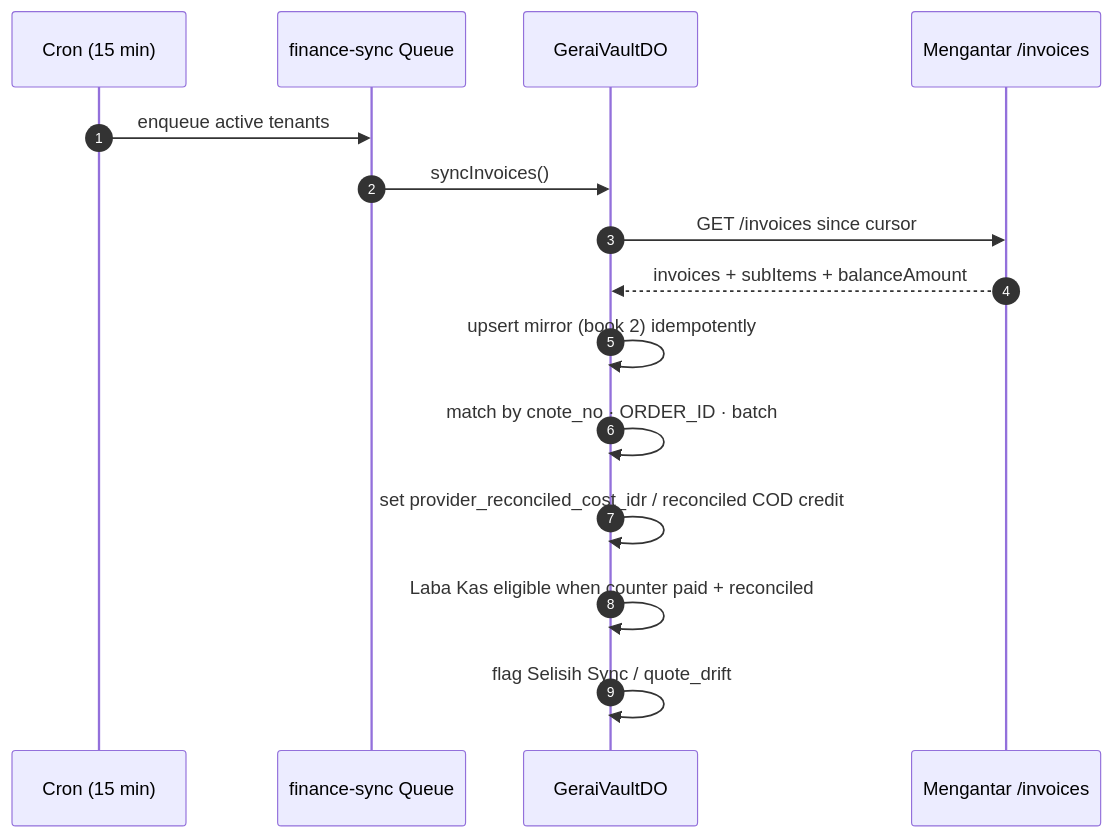
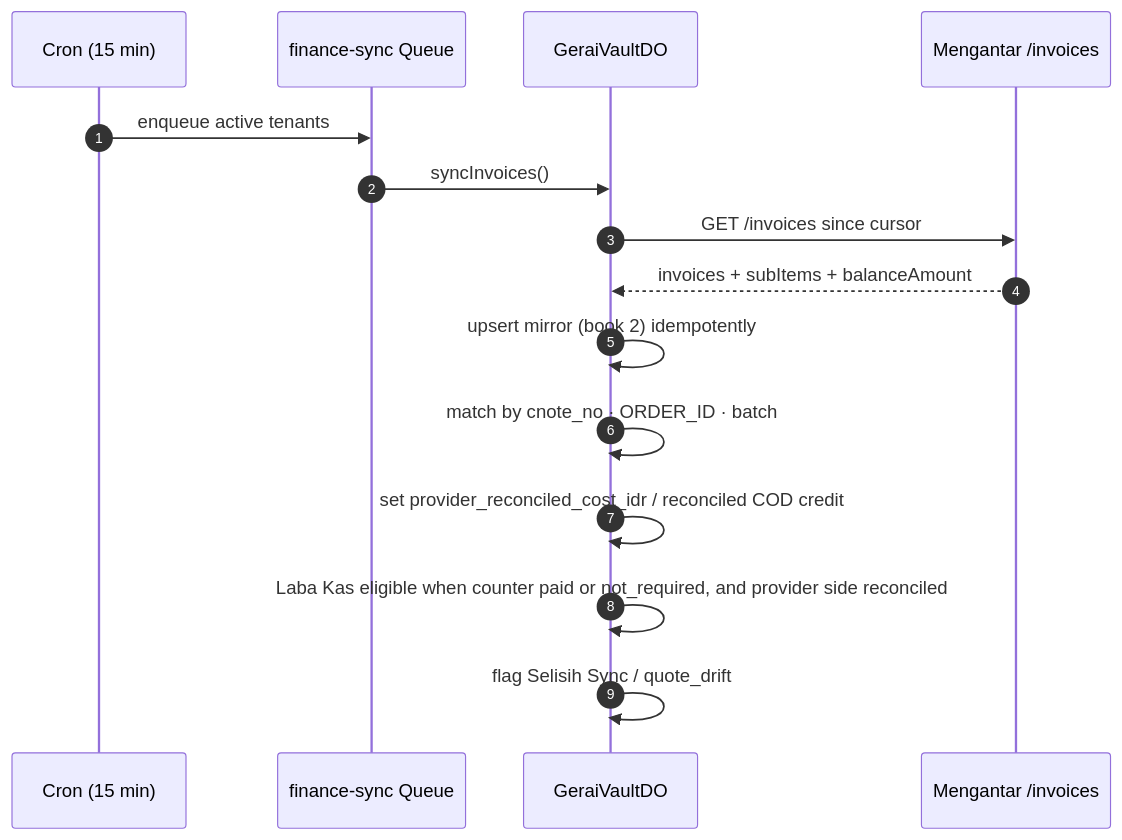
The eighth of 14 diagrams in docs/DIAGRAMS.md (ongkipro/geraiexpress-cfv2), drawn with Mermaid before and after one commit. The commit also changed other lines of this file and 6 other files, not shown here.

````diff
--- a/docs/DIAGRAMS.md
+++ b/docs/DIAGRAMS.md
@@ -412,17 +416,17 @@
 ```mermaid
 sequenceDiagram
     autonumber
     participant C as Cron (15 min)
     participant Q as finance-sync Queue
     participant V as GeraiVaultDO
     participant M as Mengantar /invoices
     C->>Q: enqueue active tenants
     Q->>V: syncInvoices()
     V->>M: GET /invoices since cursor
     M-->>V: invoices + subItems + balanceAmount
     V->>V: upsert mirror (book 2) idempotently
     V->>V: match by cnote_no · ORDER_ID · batch
     V->>V: set provider_reconciled_cost_idr / reconciled COD credit
-    V->>V: Laba Kas eligible when counter paid + reconciled
+    V->>V: Laba Kas eligible when counter paid or not_required, and provider side reconciled
     V->>V: flag Selisih Sync / quote_drift
 ```
````
